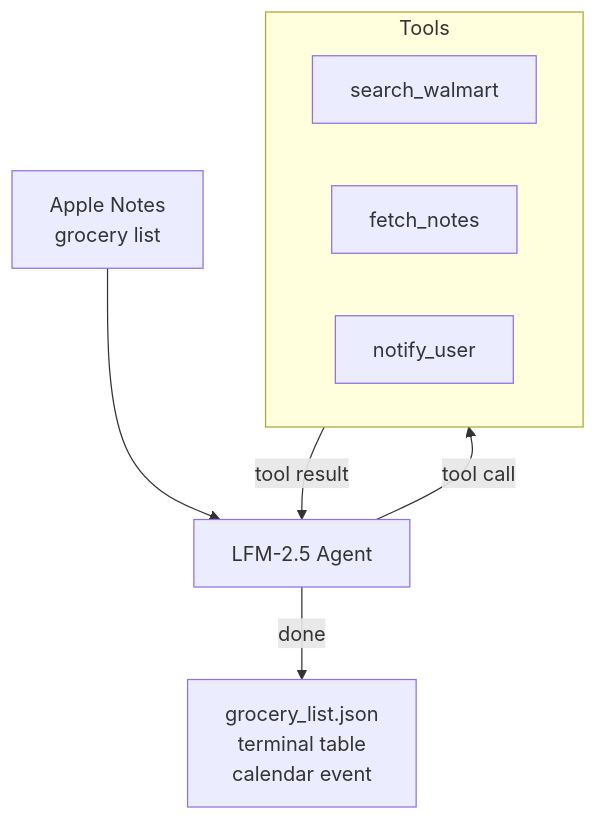
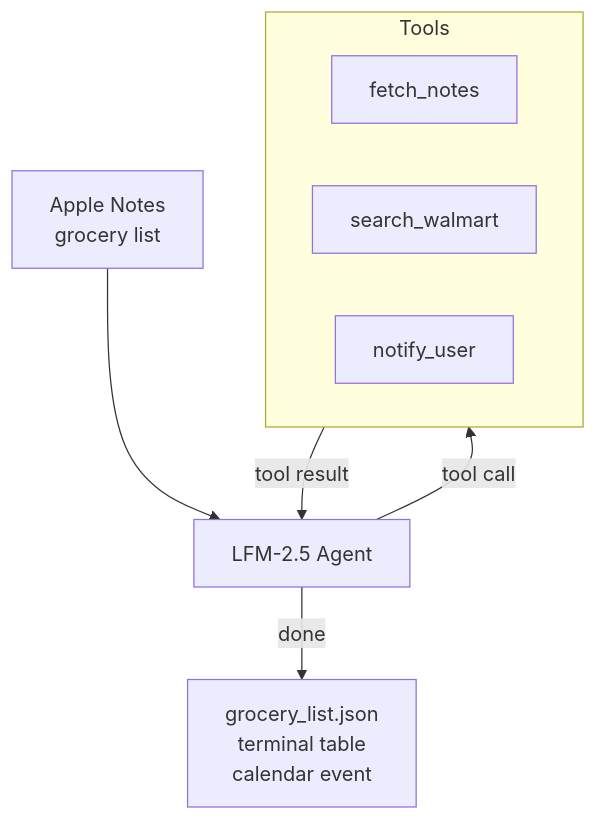
One commit to earl562/grosme changed the diagram in README.md. Above: the diagram before and after it, drawn with Mermaid.

Commit message:
Fix flow diagram ordering — Apple Notes at top

````diff
--- a/README.md
+++ b/README.md
@@ -20,14 +20,18 @@
 ```mermaid
 flowchart TB
-    A["Apple Notes\ngrocery list"] --> B[LFM-2.5 Agent]
+    A["Apple Notes\ngrocery list"]
+    B[LFM-2.5 Agent]
+    D["grocery_list.json\nterminal table\ncalendar event"]
+
+    A --> B
     B -- tool call --> C
     C -- tool result --> B
-    B -- done --> D["grocery_list.json\nterminal table\ncalendar event"]
+    B -- done --> D
 
     subgraph C[Tools]
         direction LR
+        fetch_notes
         search_walmart
-        fetch_notes
         notify_user
     end
 ```
````
